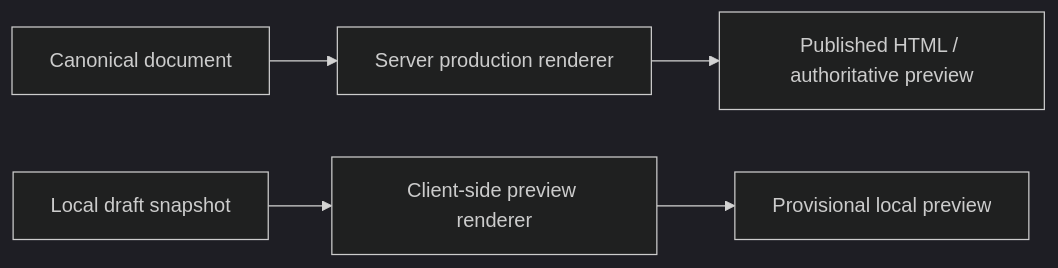
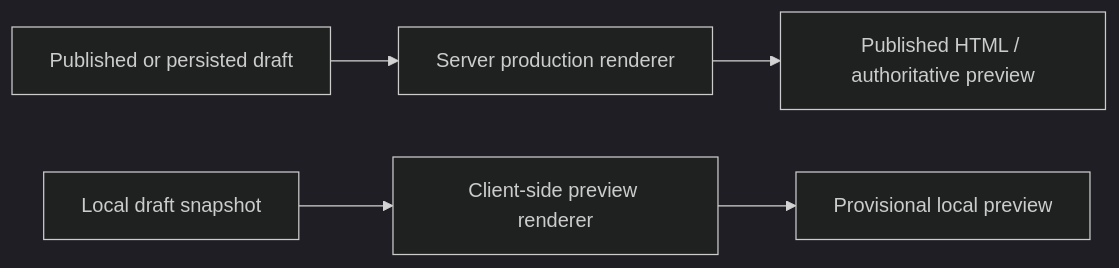
The fourth of 6 diagrams in docs/design/rendering.md (Natoandro/verso), drawn with Mermaid (dark theme) before and after one commit. The commit also changed other lines of this file and 7 other files, not shown here.

````diff
--- a/docs/design/rendering.md
+++ b/docs/design/rendering.md
@@ -65,7 +73,7 @@
 ```mermaid
 flowchart LR
-    canonical["Canonical document"] --> server["Server production renderer"]
+    canonical["Published or persisted draft"] --> server["Server production renderer"]
     local["Local draft snapshot"] --> client["Client-side preview renderer"]
     server --> public["Published HTML / authoritative preview"]
     client --> provisional["Provisional local preview"]
 ```
````
